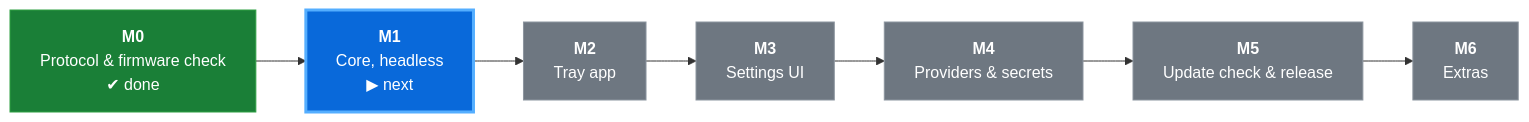
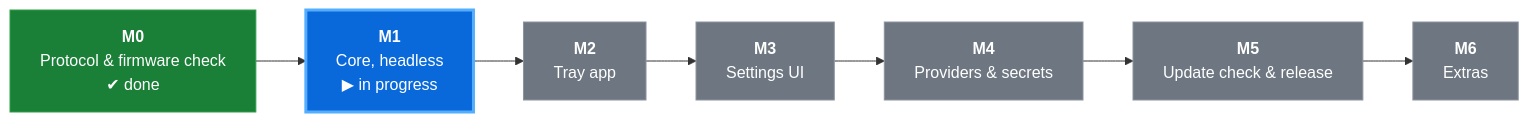
Before and after one commit to MrUrdam/chilkey_nd104_utilities: the diagram in apps/nd104-sync/README.md, drawn with Mermaid. The commit also changed other lines of this file and 20 other files, not shown here.

````diff
--- a/apps/nd104-sync/README.md
+++ b/apps/nd104-sync/README.md
@@ -283,15 +400,15 @@
 ```mermaid
 flowchart LR
     M0["<b>M0</b><br/>Protocol &amp; firmware check<br/>✔ done"]:::done
-    M1["<b>M1</b><br/>Core, headless<br/>▶ next"]:::current
+    M1["<b>M1</b><br/>Core, headless<br/>▶ in progress"]:::current
     M2["<b>M2</b><br/>Tray app"]:::todo
     M3["<b>M3</b><br/>Settings UI"]:::todo
     M4["<b>M4</b><br/>Providers &amp; secrets"]:::todo
     M5["<b>M5</b><br/>Update check &amp; release"]:::todo
     M6["<b>M6</b><br/>Extras"]:::todo
     M0 --> M1 --> M2 --> M3 --> M4 --> M5 --> M6
 
     classDef done fill:#1a7f37,stroke:#2ea043,color:#ffffff
     classDef current fill:#0969da,stroke:#54aeff,color:#ffffff,stroke-width:3px
     classDef todo fill:#6e7781,stroke:#8c959f,color:#ffffff
 ```
````
